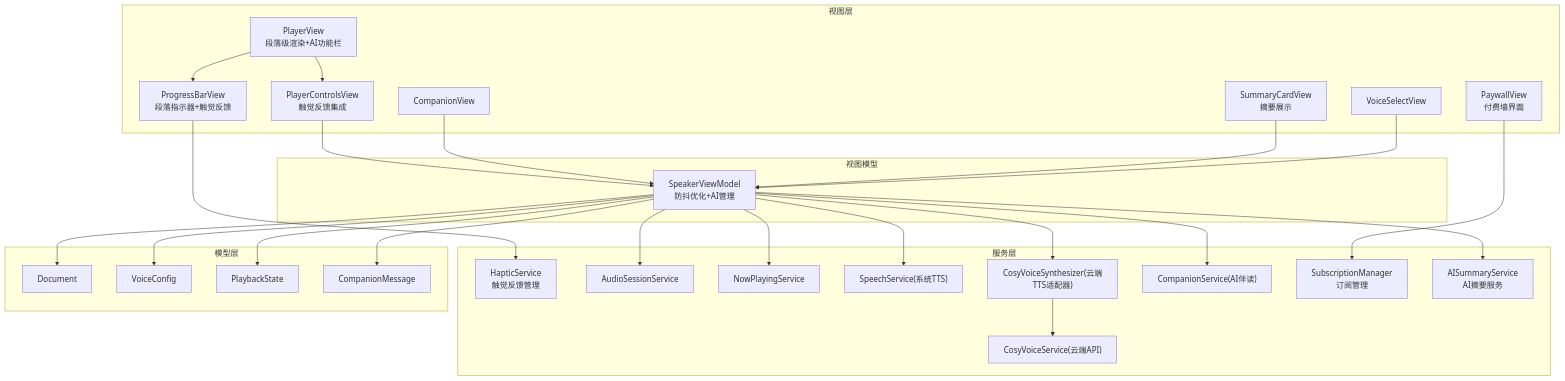
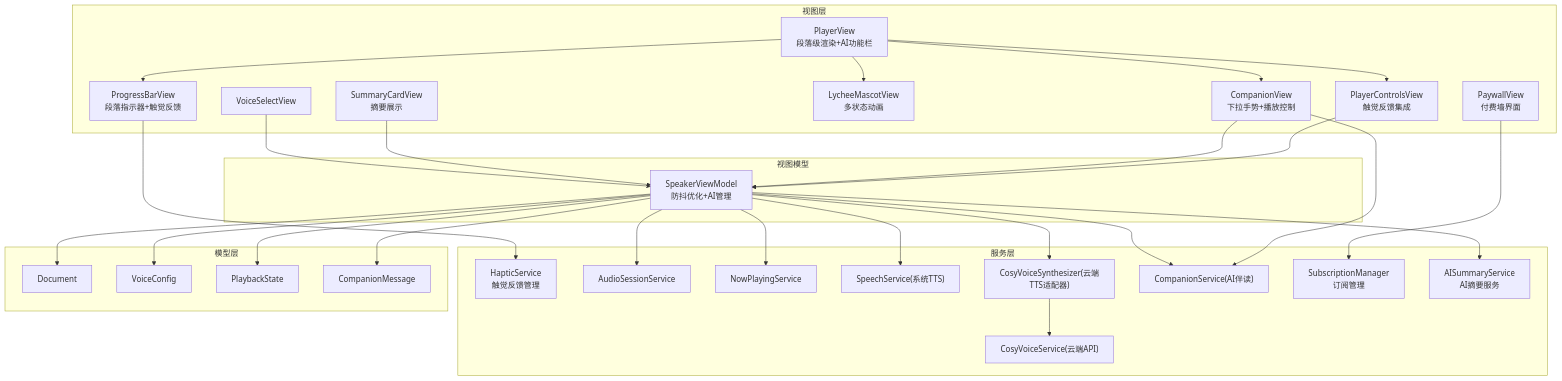
The first of 13 diagrams in .qoder/repowiki/zh/content/用户界面设计/播放器界面.md (Primoguo/VoiceReader), drawn with Mermaid before and after one commit. The commit also changed other lines of this file and 92 other files, not shown here.

````diff
--- a/.qoder/repowiki/zh/content/用户界面设计/播放器界面.md
+++ b/.qoder/repowiki/zh/content/用户界面设计/播放器界面.md
@@ -54,51 +47,55 @@
 ```mermaid
 graph TB
 subgraph "视图层"
 PV["PlayerView<br/>段落级渲染+AI功能栏"]
 PCV["PlayerControlsView<br/>触觉反馈集成"]
 PBV["ProgressBarView<br/>段落指示器+触觉反馈"]
-CV["CompanionView"]
+CV["CompanionView<br/>下拉手势+播放控制"]
+LMV["LycheeMascotView<br/>多状态动画"]
 PWV["PaywallView<br/>付费墙界面"]
 SCV["SummaryCardView<br/>摘要展示"]
 VSV["VoiceSelectView"]
 end
 subgraph "服务层"
 HS["HapticService<br/>触觉反馈管理"]
 ASS["AudioSessionService"]
 NPS["NowPlayingService"]
 SS["SpeechService(系统TTS)"]
 CVS["CosyVoiceSynthesizer(云端TTS适配器)"]
 CSV["CosyVoiceService(云端API)"]
 CS["CompanionService(AI伴读)"]
 SM["SubscriptionManager<br/>订阅管理"]
 AIS["AISummaryService<br/>AI摘要服务"]
 end
 subgraph "视图模型"
 SVM["SpeakerViewModel<br/>防抖优化+AI管理"]
 end
 subgraph "模型层"
 DOC["Document"]
 VC["VoiceConfig"]
 PS["PlaybackState"]
 CM["CompanionMessage"]
 end
 PV --> PCV
 PV --> PBV
+PV --> LMV
+PV --> CV
 PCV --> SVM
 PBV --> HS
 CV --> SVM
+CV --> CS
 PWV --> SM
 SCV --> SVM
 VSV --> SVM
 SVM --> ASS
 SVM --> NPS
 SVM --> SS
 SVM --> CVS
 CVS --> CSV
 SVM --> CS
 SVM --> AIS
 SVM --> DOC
 SVM --> VC
 SVM --> PS
 SVM --> CM
 ```
````
